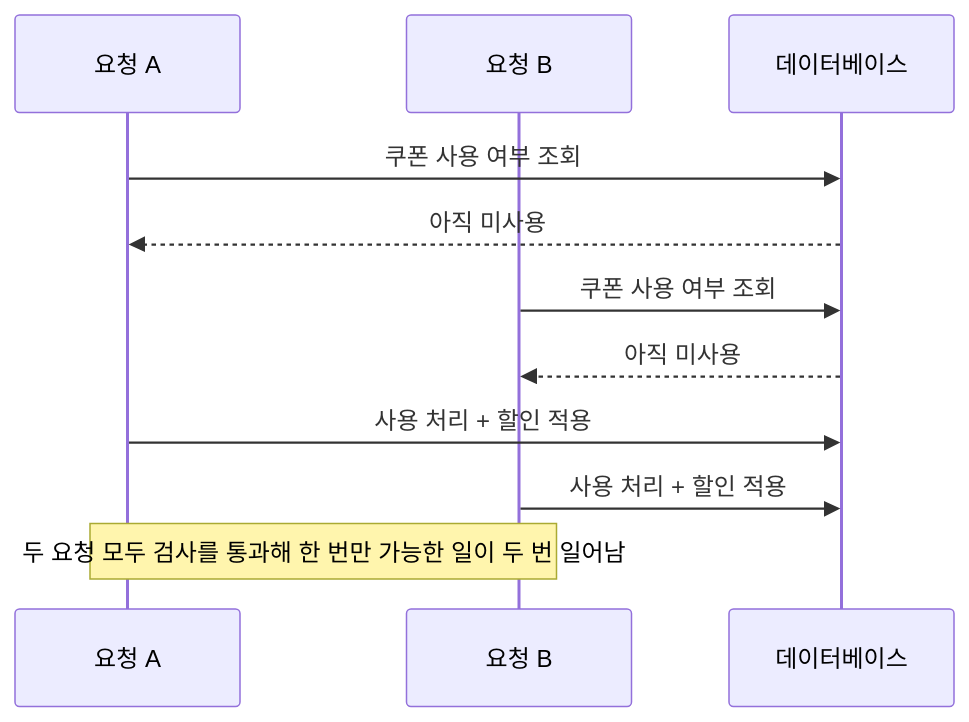
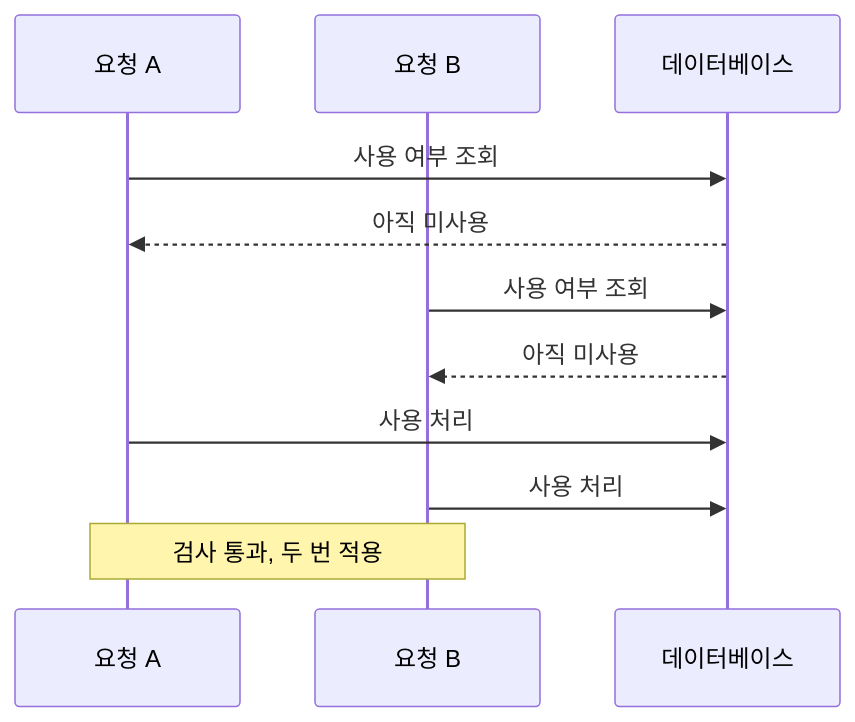
One commit to logiciris/logiciris.github.io changed the diagram in _notes/race-conditions.md. Above: the diagram before and after it, drawn with Mermaid. The commit also changed other lines of this file and 28 other files, not shown here.

Commit message:
Notes batches 1-2: qa fixes (accuracy, links, mermaid labels)

````diff
--- a/_notes/race-conditions.md
+++ b/_notes/race-conditions.md
@@ -20,13 +20,13 @@
 ```mermaid
 sequenceDiagram
     participant A as 요청 A
     participant B as 요청 B
     participant D as 데이터베이스
-    A->>D: 쿠폰 사용 여부 조회
+    A->>D: 사용 여부 조회
     D-->>A: 아직 미사용
-    B->>D: 쿠폰 사용 여부 조회
+    B->>D: 사용 여부 조회
     D-->>B: 아직 미사용
-    A->>D: 사용 처리 + 할인 적용
-    B->>D: 사용 처리 + 할인 적용
-    Note over A,B: 두 요청 모두 검사를 통과해 한 번만 가능한 일이 두 번 일어남
+    A->>D: 사용 처리
+    B->>D: 사용 처리
+    Note over A,B: 검사 통과, 두 번 적용
 ```
````
